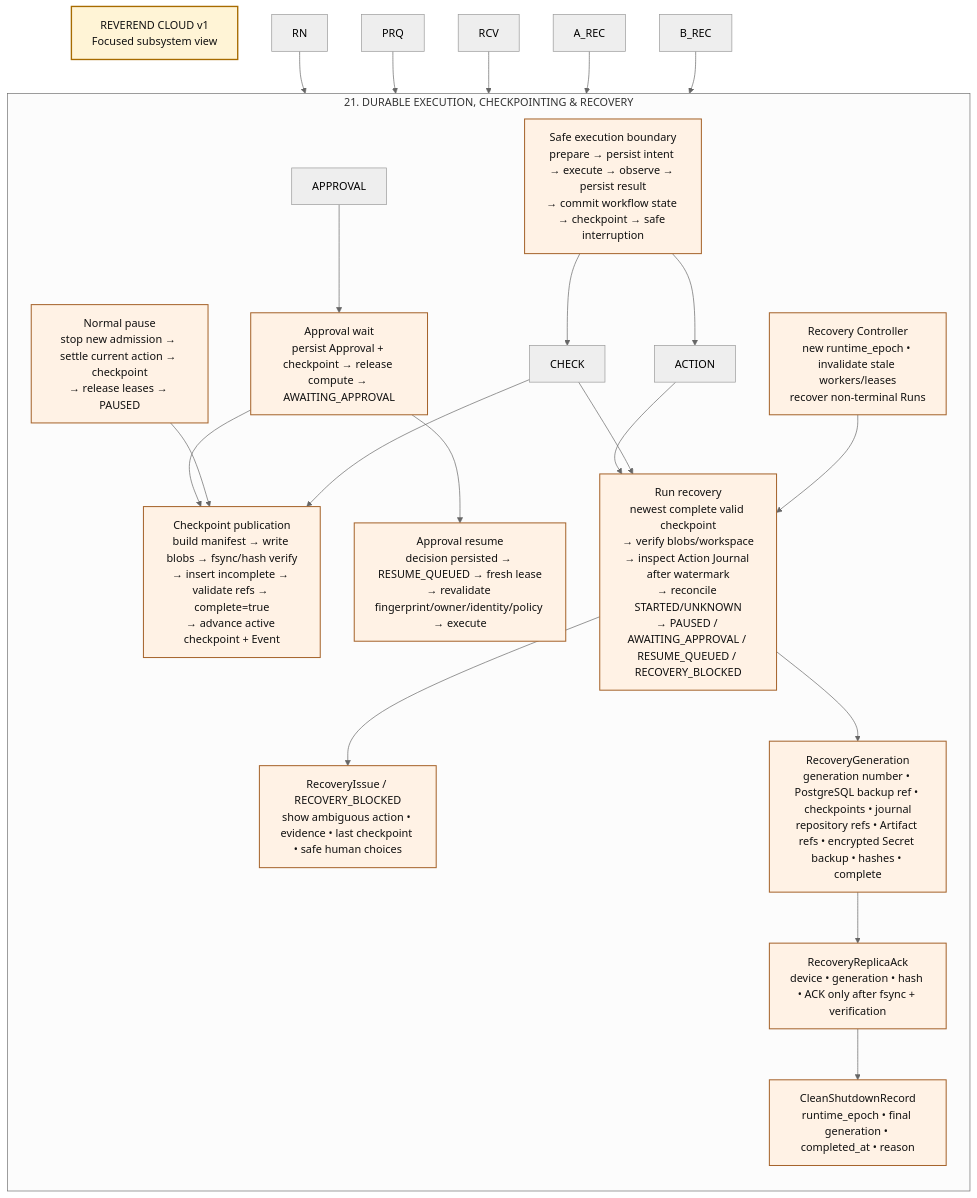
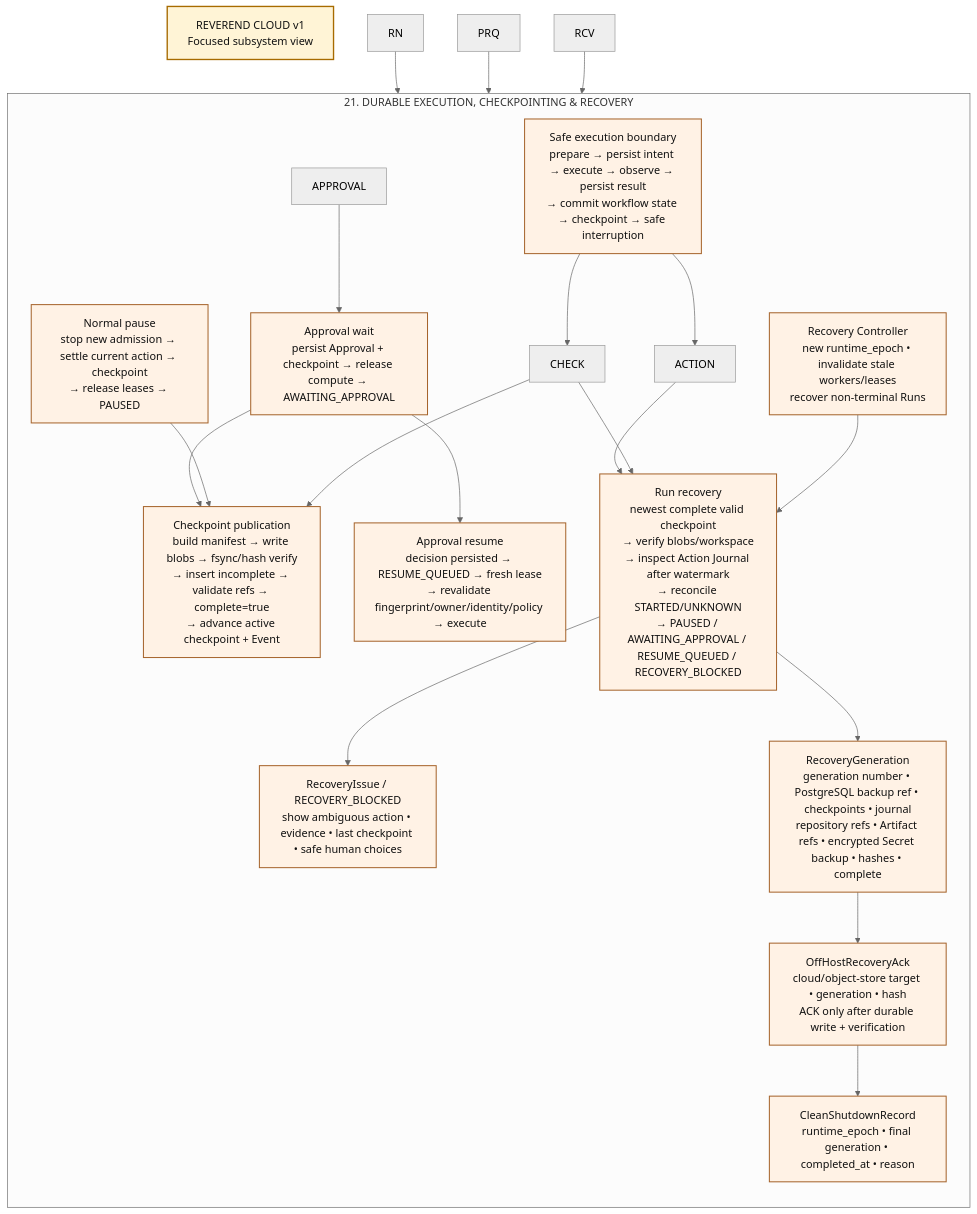
One commit to reverez/reverend changed the diagram in Documentation/Design/Diagrams/Subsystems/21-durable-execution-checkpoint-recovery.mmd. Above: the diagram before and after it, drawn with Mermaid (neutral theme).

Commit message:
docs: align recovery subsystem with off-host cloud target

```diff
--- a/Documentation/Design/Diagrams/Subsystems/21-durable-execution-checkpoint-recovery.mmd
+++ b/Documentation/Design/Diagrams/Subsystems/21-durable-execution-checkpoint-recovery.mmd
@@ -1,78 +1,76 @@
 flowchart TB
 
 %% STYLES
 %% =========================================================
 classDef human fill:#e8f0ff,stroke:#3458a4,stroke-width:2px,color:#111;
 classDef client fill:#eef7ff,stroke:#3678a8,stroke-width:1.5px,color:#111;
 classDef api fill:#e9fff7,stroke:#23855f,stroke-width:1.5px,color:#111;
 classDef authority fill:#fff4d6,stroke:#a76b00,stroke-width:2px,color:#111;
 classDef domain fill:#fff9e8,stroke:#a7802b,stroke-width:1.5px,color:#111;
 classDef agent fill:#f5edff,stroke:#7552a8,stroke-width:1.5px,color:#111;
 classDef context fill:#f8f3ff,stroke:#8458aa,stroke-width:1.2px,color:#111;
 classDef tool fill:#fff0f0,stroke:#aa4949,stroke-width:1.5px,color:#111;
 classDef verify fill:#efffe9,stroke:#4e8a3c,stroke-width:1.5px,color:#111;
 classDef sched fill:#eefcf8,stroke:#2f7a68,stroke-width:1.5px,color:#111;
 classDef compute fill:#eef4ff,stroke:#4f68a8,stroke-width:1.5px,color:#111;
 classDef model fill:#f1ecff,stroke:#5f49a8,stroke-width:1.5px,color:#111;
 classDef durable fill:#fff2e5,stroke:#a6642c,stroke-width:1.5px,color:#111;
 classDef security fill:#ffecec,stroke:#a73b3b,stroke-width:1.5px,color:#111;
 classDef data fill:#f4f4f4,stroke:#666,stroke-width:1.3px,color:#111;
 classDef cost fill:#ecfff1,stroke:#3e8b55,stroke-width:1.5px,color:#111;
 classDef ops fill:#f2fbff,stroke:#3f7890,stroke-width:1.5px,color:#111;
 classDef external fill:#f7f7f7,stroke:#777,stroke-width:1.2px,stroke-dasharray:5 3,color:#111;
 classDef dev fill:#fff8ed,stroke:#9b6b23,stroke-width:1.3px,color:#111;
 classDef invariant fill:#fffbe6,stroke:#b09121,stroke-width:1.5px,color:#111;
 
 %% =========================================================
 
 ROOT["REVEREND CLOUD v1<br/>Focused subsystem view"]:::authority
 
 %% =========================================================
 %% FOCUSED VIEW
 %% Source: ../system-complete-mermaid-diagram.mmd
 %% Section 21: DURABLE EXECUTION / CHECKPOINT / RECOVERY
 %% External cross-subsystem references may render as compact interface nodes.
 %% =========================================================
 
 %% =========================================================
 %% 21. DURABLE EXECUTION / CHECKPOINT / RECOVERY
 %% =========================================================
 subgraph DURABILITY["21. DURABLE EXECUTION, CHECKPOINTING & RECOVERY"]
 direction TB
 
 SAFELOOP["Safe execution boundary<br/>prepare → persist intent → execute → observe → persist result<br/>→ commit workflow state → checkpoint → safe interruption"]:::durable
 
 CPBUILD["Checkpoint publication<br/>build manifest → write blobs → fsync/hash verify<br/>→ insert incomplete → validate refs → complete=true<br/>→ advance active checkpoint + Event"]:::durable
 
 PAUSE["Normal pause<br/>stop new admission → settle current action → checkpoint<br/>→ release leases → PAUSED"]:::durable
 APPWAIT["Approval wait<br/>persist Approval + checkpoint → release compute → AWAITING_APPROVAL"]:::durable
 APPRSM["Approval resume<br/>decision persisted → RESUME_QUEUED → fresh lease<br/>→ revalidate fingerprint/owner/identity/policy → execute"]:::durable
 
 RECCTRL["Recovery Controller<br/>new runtime_epoch • invalidate stale workers/leases<br/>recover non-terminal Runs"]:::durable
 
 RECALG["Run recovery<br/>newest complete valid checkpoint<br/>→ verify blobs/workspace<br/>→ inspect Action Journal after watermark<br/>→ reconcile STARTED/UNKNOWN<br/>→ PAUSED / AWAITING_APPROVAL / RESUME_QUEUED / RECOVERY_BLOCKED"]:::durable
 
 RBLOCK["RecoveryIssue / RECOVERY_BLOCKED<br/>show ambiguous action • evidence • last checkpoint • safe human choices"]:::durable
 
 RECGEN["RecoveryGeneration<br/>generation number • PostgreSQL backup ref • checkpoints • journal<br/>repository refs • Artifact refs • encrypted Secret backup • hashes • complete"]:::durable
-RECACK["RecoveryReplicaAck<br/>device • generation • hash • ACK only after fsync + verification"]:::durable
+RECACK["OffHostRecoveryAck<br/>cloud/object-store target • generation • hash<br/>ACK only after durable write + verification"]:::durable
 CLEAN["CleanShutdownRecord<br/>runtime_epoch • final generation • completed_at • reason"]:::durable
 
 SAFELOOP --> ACTION
 SAFELOOP --> CHECK
 CHECK --> CPBUILD
 PAUSE --> CPBUILD
 APPWAIT --> CPBUILD
 APPROVAL --> APPWAIT --> APPRSM
 RECCTRL --> RECALG
 CHECK --> RECALG
 ACTION --> RECALG
 RECALG --> RBLOCK
 RECALG --> RECGEN --> RECACK --> CLEAN
 end
 
 RN --> SAFELOOP
 PRQ --> PAUSE
 RCV --> RECCTRL
-A_REC --> RECACK
-B_REC --> RECACK
```
